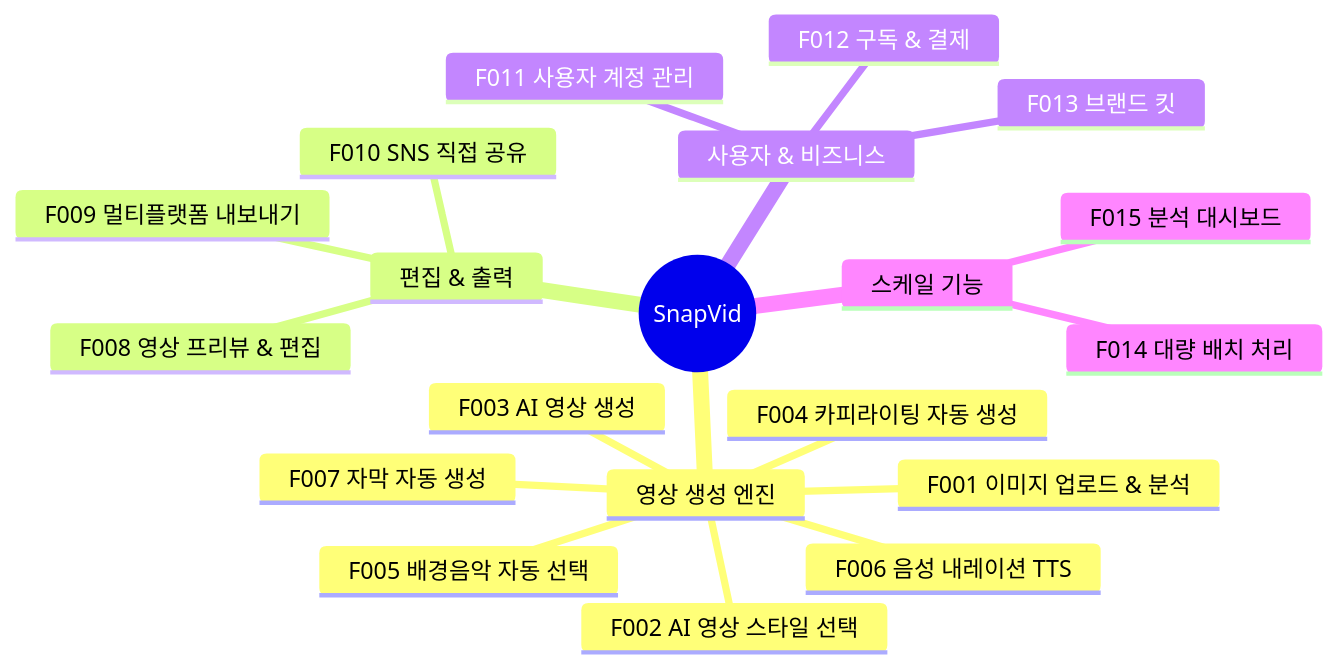
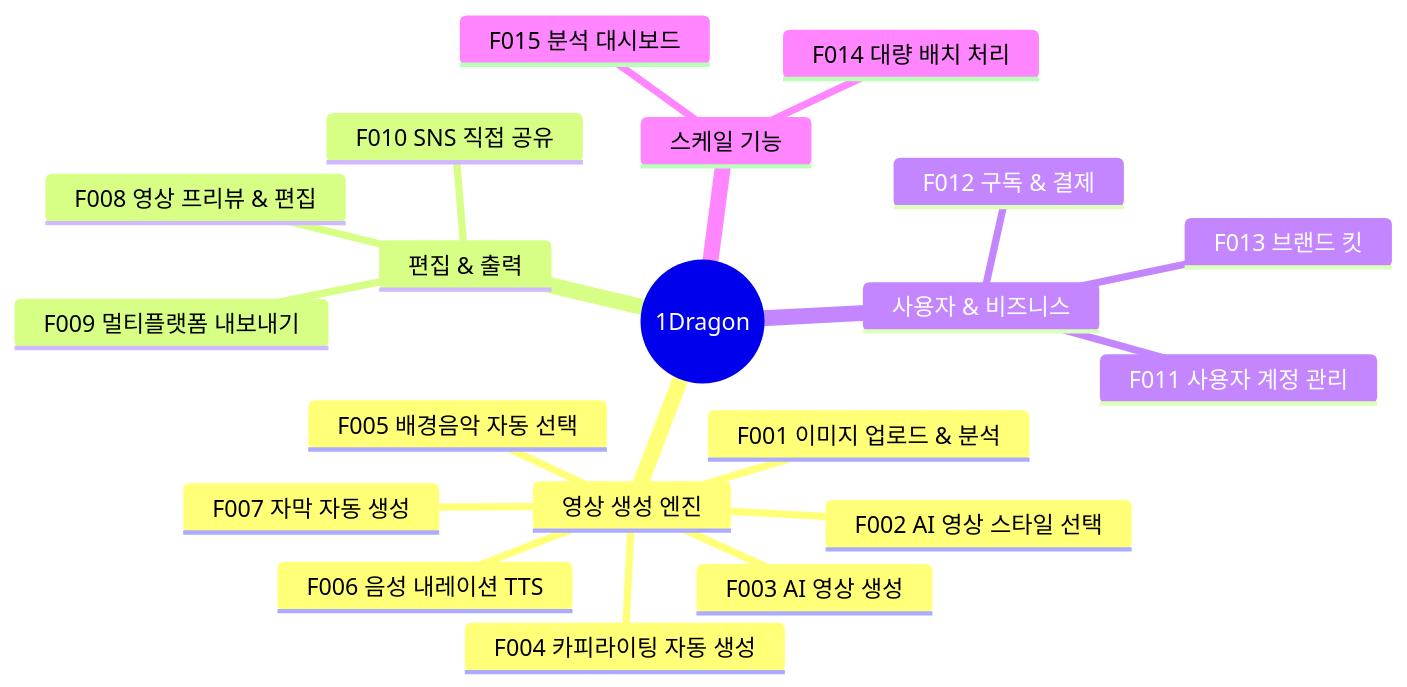
Before and after one commit to inchan/1dragon: the first of 2 diagrams in docs/03-product/FEATURE_SPEC.md, drawn with Mermaid. The commit also changed other lines of this file and 182 other files, not shown here.

````diff
--- a/docs/03-product/FEATURE_SPEC.md
+++ b/docs/03-product/FEATURE_SPEC.md
@@ -11,23 +11,23 @@
 ```mermaid
 mindmap
-  root((SnapVid))
+  root((1Dragon))
     영상 생성 엔진
       F001 이미지 업로드 & 분석
       F002 AI 영상 스타일 선택
       F003 AI 영상 생성
       F004 카피라이팅 자동 생성
       F005 배경음악 자동 선택
       F006 음성 내레이션 TTS
       F007 자막 자동 생성
     편집 & 출력
       F008 영상 프리뷰 & 편집
       F009 멀티플랫폼 내보내기
       F010 SNS 직접 공유
     사용자 & 비즈니스
       F011 사용자 계정 관리
       F012 구독 & 결제
       F013 브랜드 킷
     스케일 기능
       F014 대량 배치 처리
       F015 분석 대시보드
 ```
````
